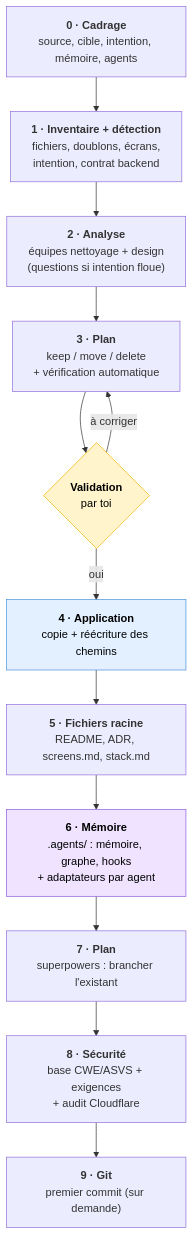
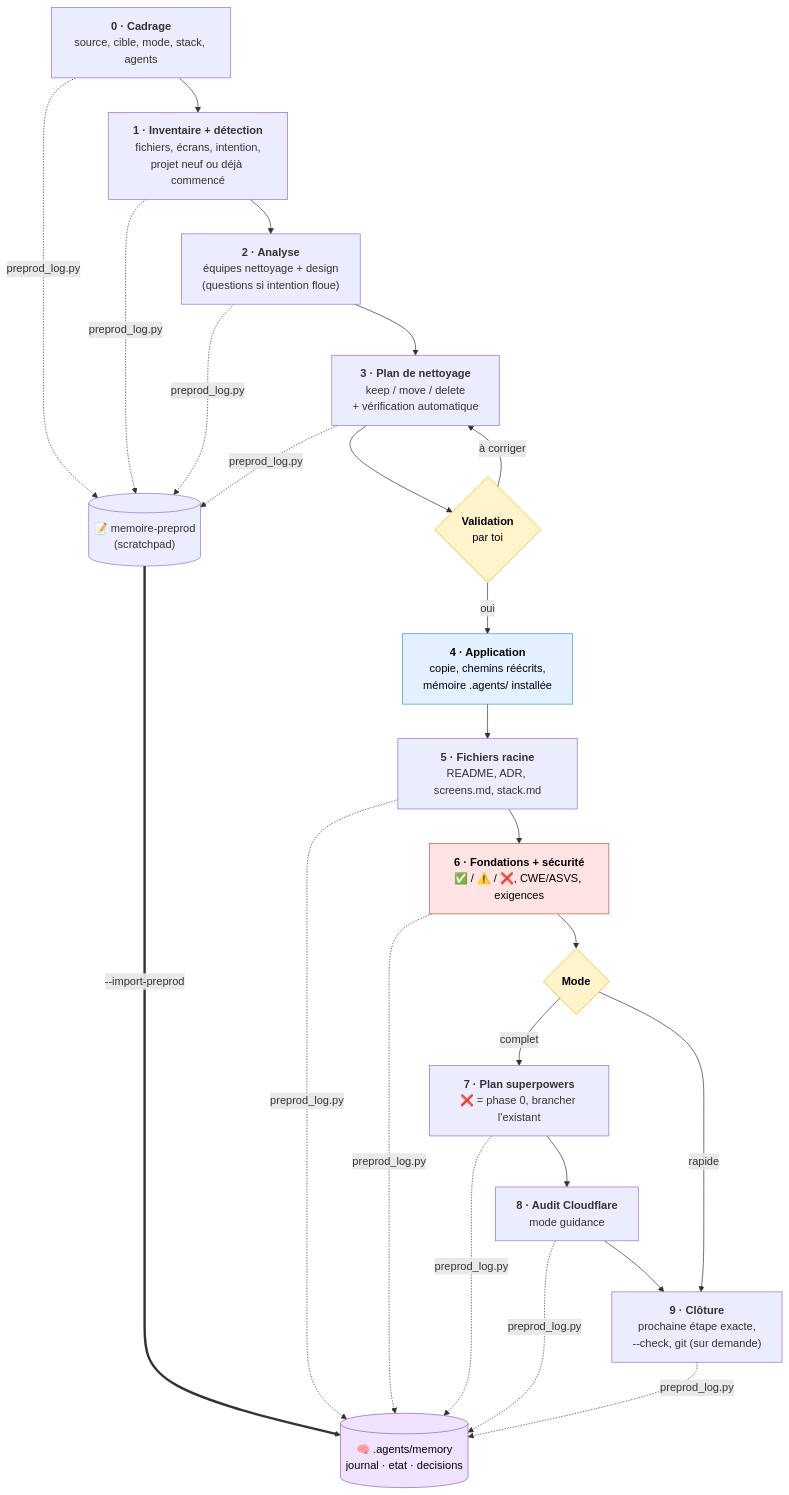
The second of 5 diagrams in README.md (duckysface/design-to-dev), drawn with Mermaid before and after one commit. The commit also changed other lines of this file and 12 other files, not shown here.

First line of the commit message:
feat: design-to-dev 2.3.0 — mémoire en direct, fondations, modes

````diff
--- a/README.md
+++ b/README.md
@@ -205,22 +207,32 @@
 ```mermaid
 flowchart TD
-    S0["<b>0 · Cadrage</b><br/>source, cible, intention, mémoire, agents"]
-    S1["<b>1 · Inventaire + détection</b><br/>fichiers, doublons, écrans,<br/>intention, contrat backend"]
+    S0["<b>0 · Cadrage</b><br/>source, cible, mode, stack, agents"]
+    S1["<b>1 · Inventaire + détection</b><br/>fichiers, écrans, intention,<br/>projet neuf ou déjà commencé"]
     S2["<b>2 · Analyse</b><br/>équipes nettoyage + design<br/>(questions si intention floue)"]
-    S3["<b>3 · Plan</b><br/>keep / move / delete<br/>+ vérification automatique"]
+    S3["<b>3 · Plan de nettoyage</b><br/>keep / move / delete<br/>+ vérification automatique"]
     OK{"<b>Validation</b><br/>par toi"}
-    S4["<b>4 · Application</b><br/>copie + réécriture des chemins"]
+    S4["<b>4 · Application</b><br/>copie, chemins réécrits,<br/>mémoire .agents/ installée"]
     S5["<b>5 · Fichiers racine</b><br/>README, ADR, screens.md, stack.md"]
-    S6["<b>6 · Mémoire</b><br/>.agents/ : mémoire, graphe, hooks<br/>+ adaptateurs par agent"]
-    S7["<b>7 · Plan</b><br/>superpowers : brancher l'existant"]
-    S8["<b>8 · Sécurité</b><br/>base CWE/ASVS + exigences<br/>+ audit Cloudflare"]
-    S9["<b>9 · Git</b><br/>premier commit (sur demande)"]
+    S6["<b>6 · Fondations + sécurité</b><br/>✅ / ⚠️ / ❌, CWE/ASVS, exigences"]
+    MODE{"<b>Mode</b>"}
+    S7["<b>7 · Plan superpowers</b><br/>❌ = phase 0, brancher l'existant"]
+    S8["<b>8 · Audit Cloudflare</b><br/>mode guidance"]
+    S9["<b>9 · Clôture</b><br/>prochaine étape exacte,<br/>--check, git (sur demande)"]
+    PRE[("📝 memoire-preprod<br/>(scratchpad)")]
+    MEM[("🧠 .agents/memory<br/>journal · etat · decisions")]
 
     S0 --> S1 --> S2 --> S3 --> OK
     OK -- "à corriger" --> S3
-    OK -- "oui" --> S4 --> S5 --> S6 --> S7 --> S8 --> S9
+    OK -- "oui" --> S4 --> S5 --> S6 --> MODE
+    MODE -- "complet" --> S7 --> S8 --> S9
+    MODE -- "rapide" --> S9
+    S0 & S1 & S2 & S3 -. "preprod_log.py" .-> PRE
+    PRE == "--import-preprod" ==> MEM
+    S5 & S6 & S7 & S8 & S9 -. "preprod_log.py" .-> MEM
 
     style OK fill:#fff4cc,stroke:#f0b400,color:#000
+    style MODE fill:#fff4cc,stroke:#f0b400,color:#000
     style S4 fill:#e3f0ff,stroke:#4a90d9,color:#000
-    style S6 fill:#efe3ff,stroke:#8e5cd9,color:#000
+    style S6 fill:#ffe3e3,stroke:#d94a4a,color:#000
+    style MEM fill:#efe3ff,stroke:#8e5cd9,color:#000
 ```
````
